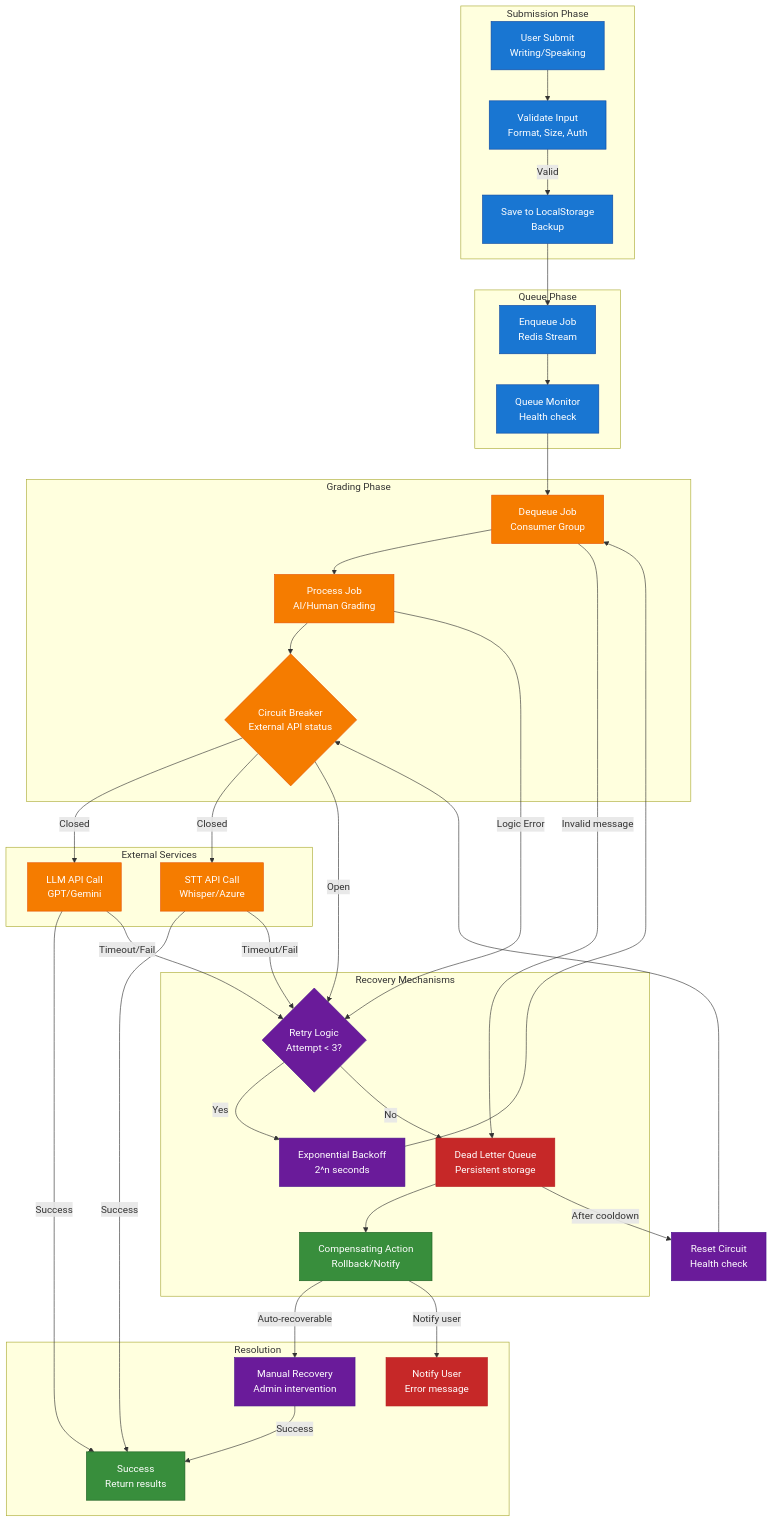
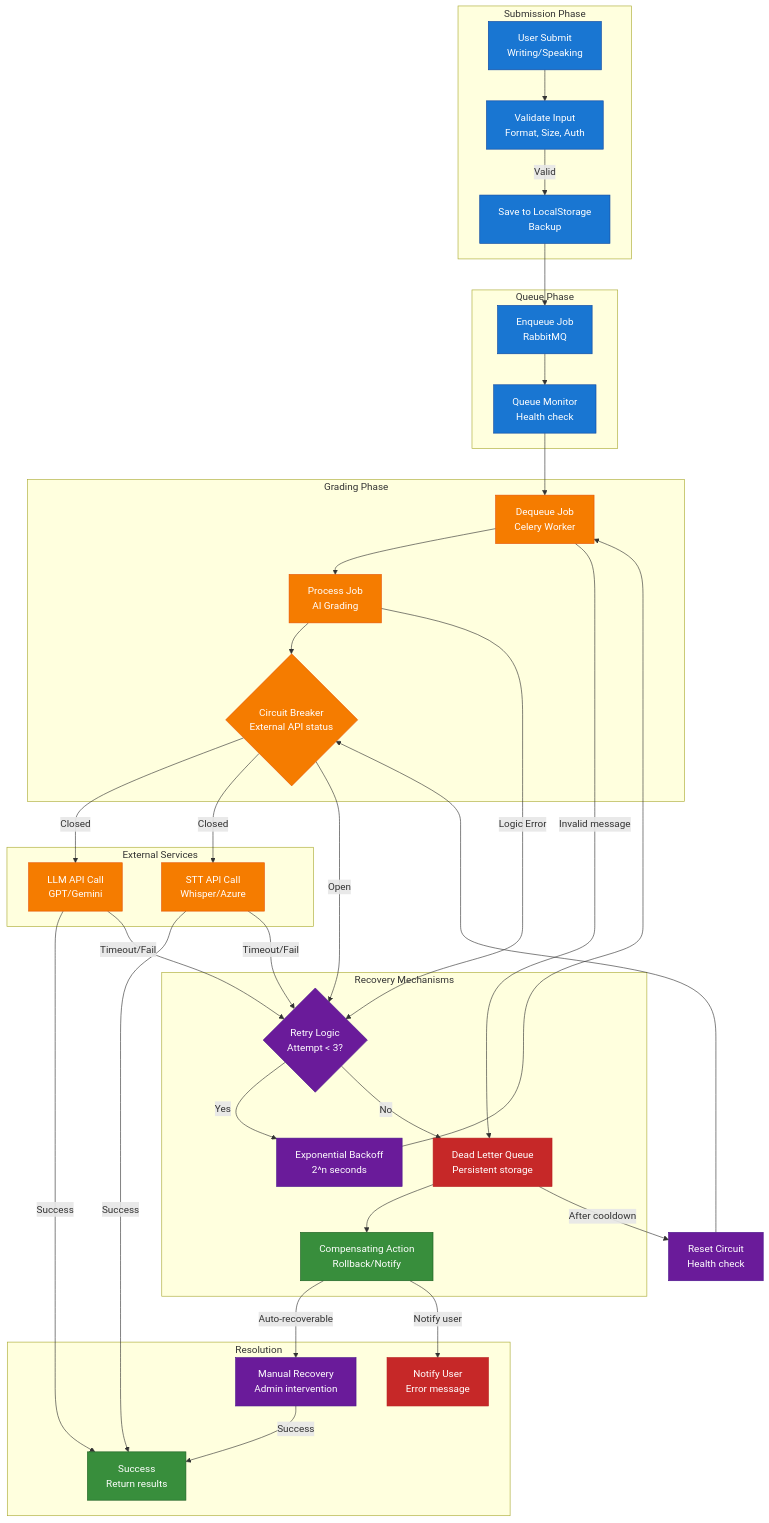
The second of 13 diagrams in docs/capstone/diagrams/flow-diagrams.vi.md (nghyane/VSTEP), drawn with Mermaid before and after one commit. The commit also changed other lines of this file and 9 other files, not shown here.

```diff
--- a/docs/capstone/diagrams/flow-diagrams.vi.md
+++ b/docs/capstone/diagrams/flow-diagrams.vi.md
@@ -173,13 +180,13 @@
     end
 
     subgraph QueuePhase ["Queue Phase"]
-        EnqueueJob["Enqueue Job<br/>Redis Stream"]
+        EnqueueJob["Enqueue Job<br/>RabbitMQ"]
         QueueMonitor["Queue Monitor<br/>Health check"]
     end
 
     subgraph Processing ["Grading Phase"]
-        Dequeue["Dequeue Job<br/>Consumer Group"]
-        Process["Process Job<br/>AI/Human Grading"]
+        Dequeue["Dequeue Job<br/>Celery Worker"]
+        Process["Process Job<br/>AI Grading"]
         CircuitBreaker{"Circuit Breaker<br/>External API status"}
     end
 
```
